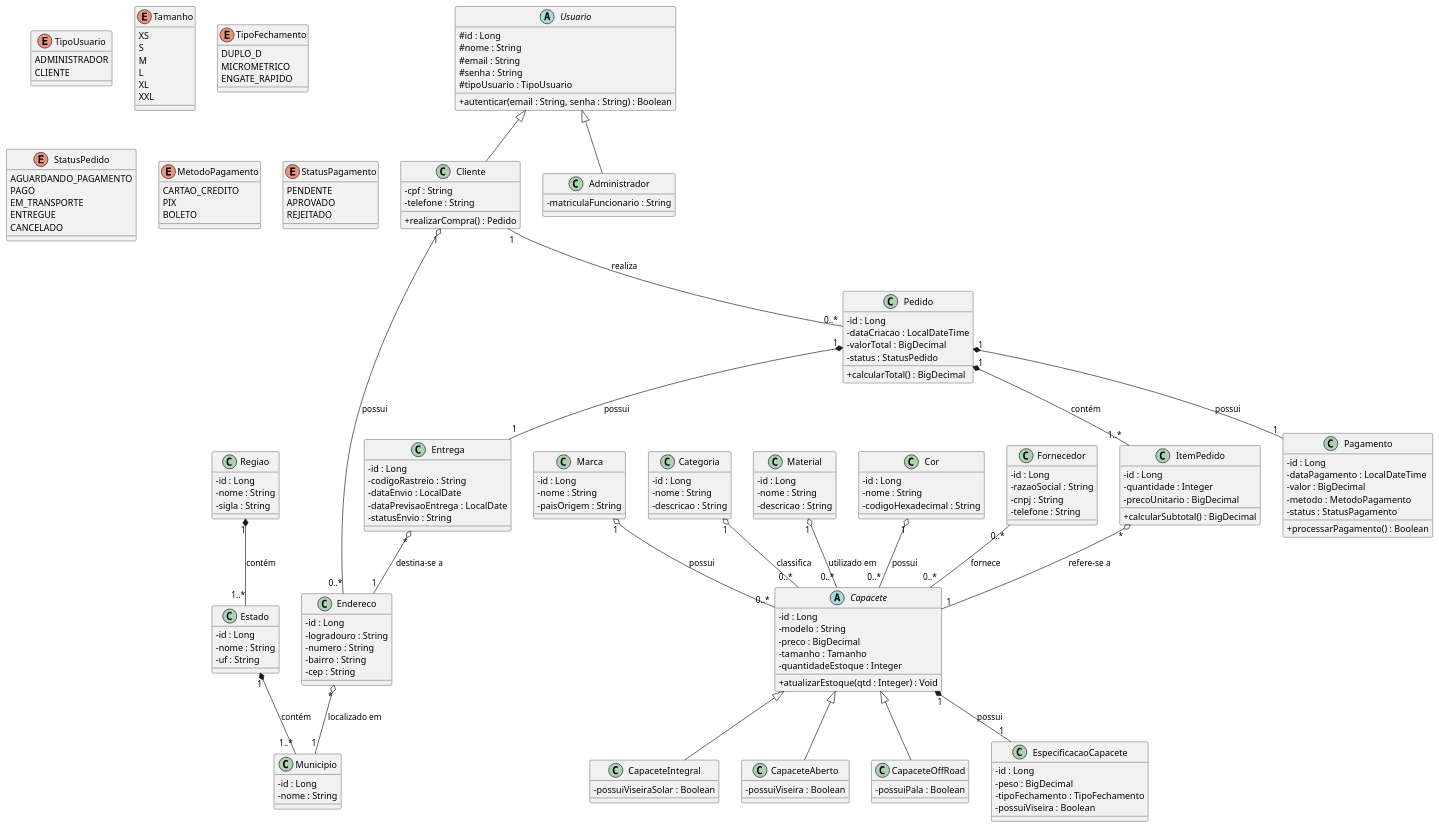
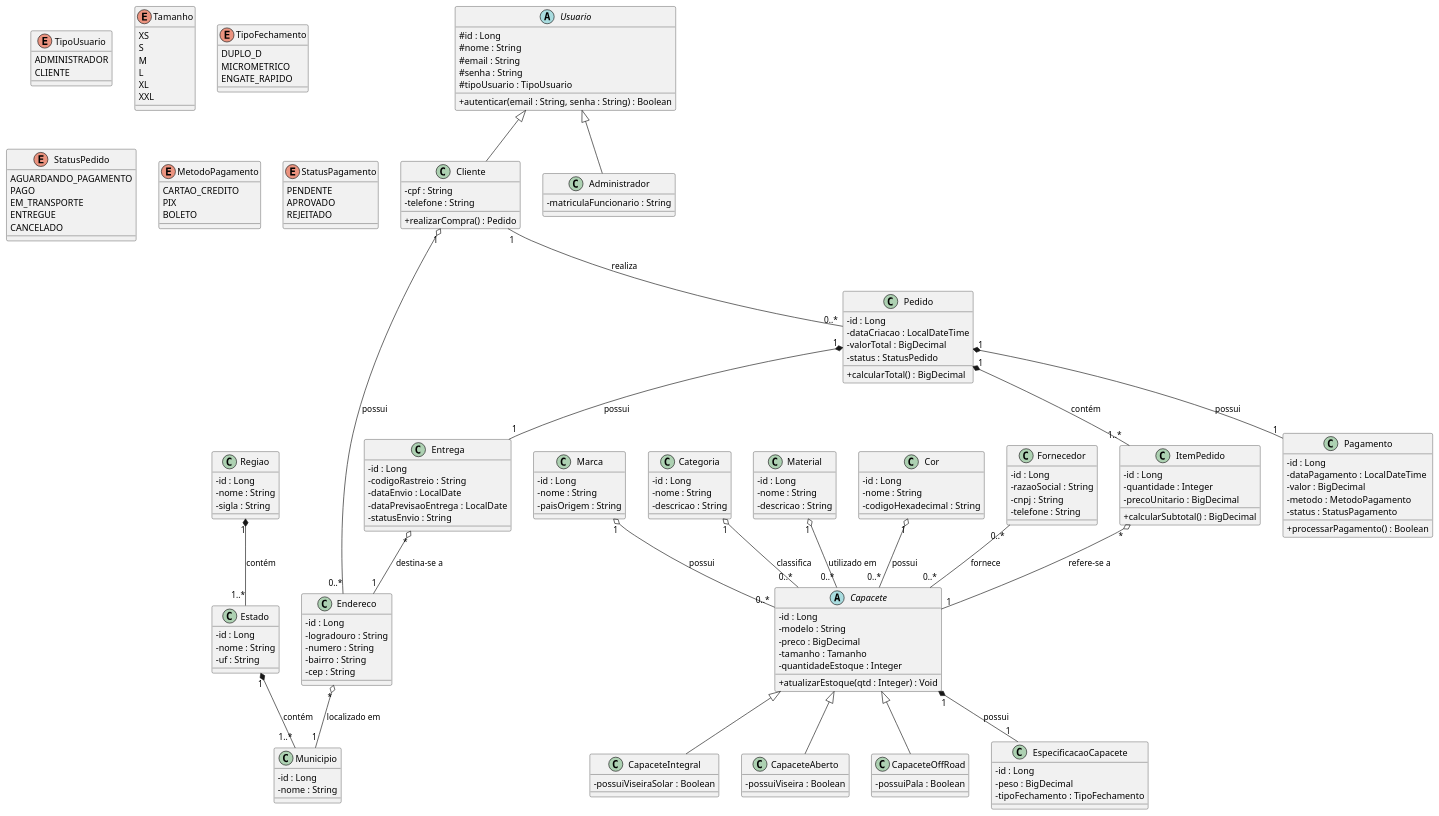
Before and after one commit to ZairoLins/capacetes: the diagram in capacetes.puml, drawn with PlantUML. The commit also changed 81 other files, not shown here.

```diff
--- a/capacetes.puml
+++ b/capacetes.puml
@@ -157,7 +157,6 @@
     - id : Long
     - peso : BigDecimal
     - tipoFechamento : TipoFechamento
-    - possuiViseira : Boolean
 }
 
 ' =========================================================
```
